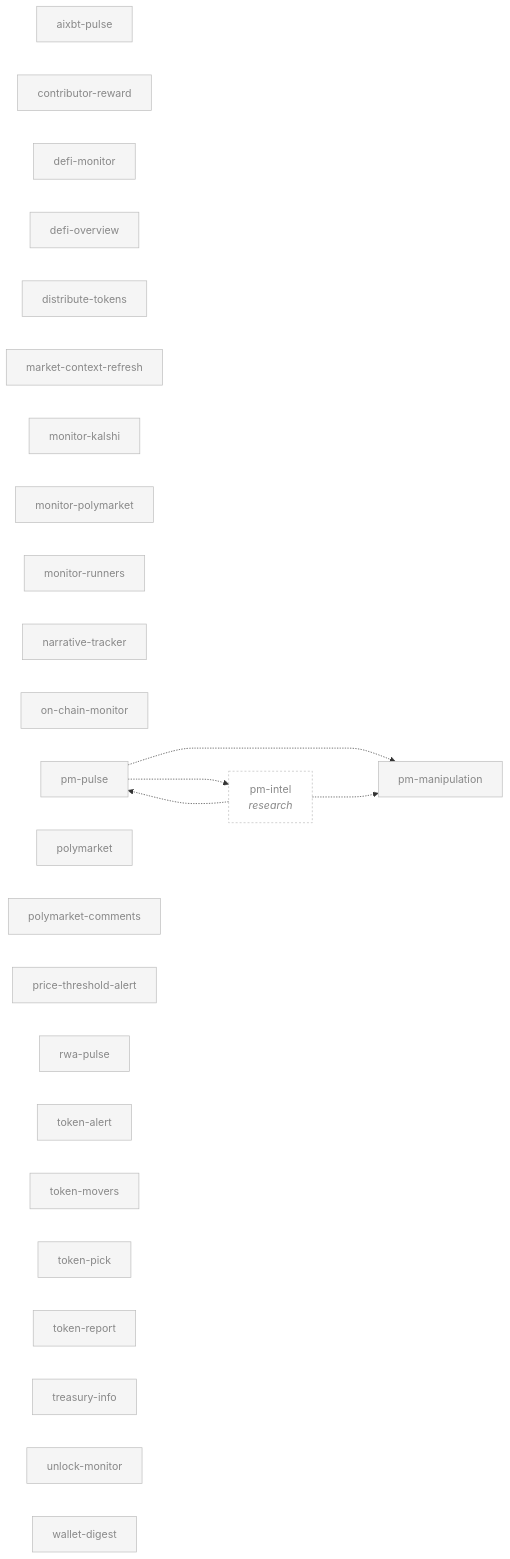
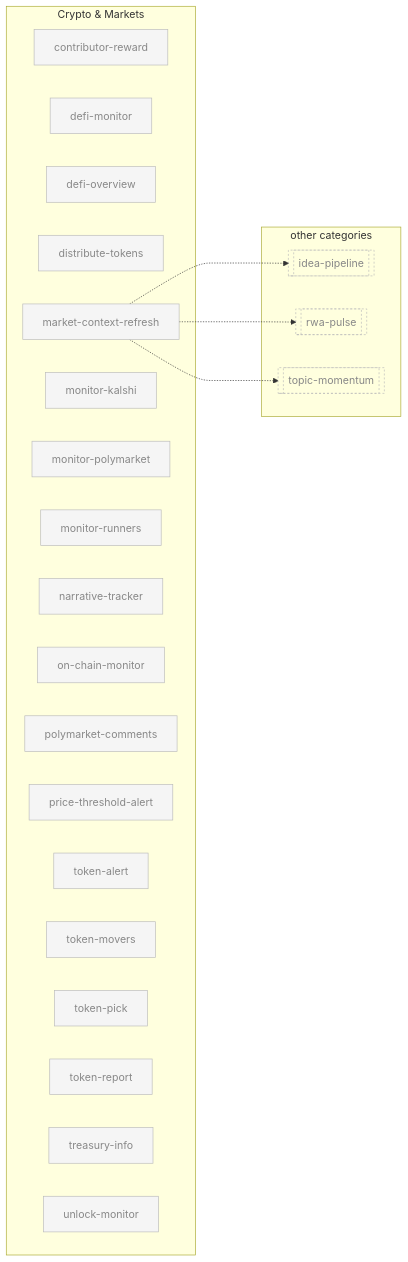
One commit to swarm-ai-research/aeon changed the fifth of 8 diagrams in docs/skill-graph.md. Above: the diagram before and after it, drawn with Mermaid. The commit also changed other lines of this file and 1 other file, not shown here.

First line of the commit message:
docs(skill-graph): regenerate map (SKILL_GRAPH_NEW — 174 skills, 44 enabled)

````diff
--- a/docs/skill-graph.md
+++ b/docs/skill-graph.md
@@ -271,62 +232,53 @@
 ```mermaid
 flowchart LR
-    classDef enabled fill:#fff,stroke:#000,stroke-width:2px,color:#000
-    classDef disabled fill:#f5f5f5,stroke:#bbb,color:#888
-    classDef external fill:none,stroke:#bbb,stroke-dasharray:3 3,color:#888
-    aixbt-pulse["aixbt-pulse"]
-    contributor-reward["contributor-reward"]
-    defi-monitor["defi-monitor"]
-    defi-overview["defi-overview"]
-    distribute-tokens["distribute-tokens"]
-    market-context-refresh["market-context-refresh"]
-    monitor-kalshi["monitor-kalshi"]
-    monitor-polymarket["monitor-polymarket"]
-    monitor-runners["monitor-runners"]
-    narrative-tracker["narrative-tracker"]
-    on-chain-monitor["on-chain-monitor"]
-    pm-manipulation["pm-manipulation"]
-    pm-pulse["pm-pulse"]
-    polymarket["polymarket"]
-    polymarket-comments["polymarket-comments"]
-    price-threshold-alert["price-threshold-alert"]
-    rwa-pulse["rwa-pulse"]
-    token-alert["token-alert"]
-    token-movers["token-movers"]
-    token-pick["token-pick"]
-    token-report["token-report"]
-    treasury-info["treasury-info"]
-    unlock-monitor["unlock-monitor"]
-    wallet-digest["wallet-digest"]
-    pm-pulse -..-> pm-manipulation
-    pm-intel["pm-intel<br/><i>research</i>"]
-    pm-intel -..-> pm-manipulation
-    pm-intel -..-> pm-pulse
-    pm-pulse -..-> pm-intel
-    click aixbt-pulse "../skills/aixbt-pulse/SKILL.md"
+    subgraph crypto["Crypto & Markets"]
+        contributor-reward["contributor-reward"]
+        defi-monitor["defi-monitor"]
+        defi-overview["defi-overview"]
+        distribute-tokens["distribute-tokens"]
+        market-context-refresh["market-context-refresh"]
+        monitor-kalshi["monitor-kalshi"]
+        monitor-polymarket["monitor-polymarket"]
+        monitor-runners["monitor-runners"]
+        narrative-tracker["narrative-tracker"]
+        on-chain-monitor["on-chain-monitor"]
+        polymarket-comments["polymarket-comments"]
+        price-threshold-alert["price-threshold-alert"]
+        token-alert["token-alert"]
+        token-movers["token-movers"]
+        token-pick["token-pick"]
+        token-report["token-report"]
+        treasury-info["treasury-info"]
+        unlock-monitor["unlock-monitor"]
+    end
+    subgraph crypto_ext["other categories"]
+        idea-pipeline[["idea-pipeline"]]:::external
+        rwa-pulse[["rwa-pulse"]]:::external
+        topic-momentum[["topic-momentum"]]:::external
+    end
+    market-context-refresh -..-> idea-pipeline
+    market-context-refresh -..-> rwa-pulse
+    market-context-refresh -..-> topic-momentum
+    class contributor-reward,defi-monitor,defi-overview,distribute-tokens,market-context-refresh,monitor-kalshi,monitor-polymarket,monitor-runners,narrative-tracker,on-chain-monitor,polymarket-comments,price-threshold-alert,token-alert,token-movers,token-pick,token-report,treasury-info,unlock-monitor disabled
+    classDef enabled fill:#fff,stroke:#000,stroke-width:2px,color:#000;
+    classDef disabled fill:#f5f5f5,stroke:#bbb,color:#888;
+    classDef external fill:none,stroke:#bbb,stroke-dasharray:3 3,color:#888;
     click contributor-reward "../skills/contributor-reward/SKILL.md"
     click defi-monitor "../skills/defi-monitor/SKILL.md"
     click defi-overview "../skills/defi-overview/SKILL.md"
     click distribute-tokens "../skills/distribute-tokens/SKILL.md"
     click market-context-refresh "../skills/market-context-refresh/SKILL.md"
     click monitor-kalshi "../skills/monitor-kalshi/SKILL.md"
     click monitor-polymarket "../skills/monitor-polymarket/SKILL.md"
     click monitor-runners "../skills/monitor-runners/SKILL.md"
     click narrative-tracker "../skills/narrative-tracker/SKILL.md"
     click on-chain-monitor "../skills/on-chain-monitor/SKILL.md"
-    click pm-manipulation "../skills/pm-manipulation/SKILL.md"
-    click pm-pulse "../skills/pm-pulse/SKILL.md"
-    click polymarket "../skills/polymarket/SKILL.md"
     click polymarket-comments "../skills/polymarket-comments/SKILL.md"
     click price-threshold-alert "../skills/price-threshold-alert/SKILL.md"
-    click rwa-pulse "../skills/rwa-pulse/SKILL.md"
     click token-alert "../skills/token-alert/SKILL.md"
     click token-movers "../skills/token-movers/SKILL.md"
     click token-pick "../skills/token-pick/SKILL.md"
     click token-report "../skills/token-report/SKILL.md"
     click treasury-info "../skills/treasury-info/SKILL.md"
     click unlock-monitor "../skills/unlock-monitor/SKILL.md"
-    click wallet-digest "../skills/wallet-digest/SKILL.md"
-    click pm-intel "../skills/pm-intel/SKILL.md"
-    class aixbt-pulse,contributor-reward,defi-monitor,defi-overview,distribute-tokens,market-context-refresh,monitor-kalshi,monitor-polymarket,monitor-runners,narrative-tracker,on-chain-monitor,pm-manipulation,pm-pulse,polymarket,polymarket-comments,price-threshold-alert,rwa-pulse,token-alert,token-movers,token-pick,token-report,treasury-info,unlock-monitor,wallet-digest disabled
-    class pm-intel external
 ```
````
